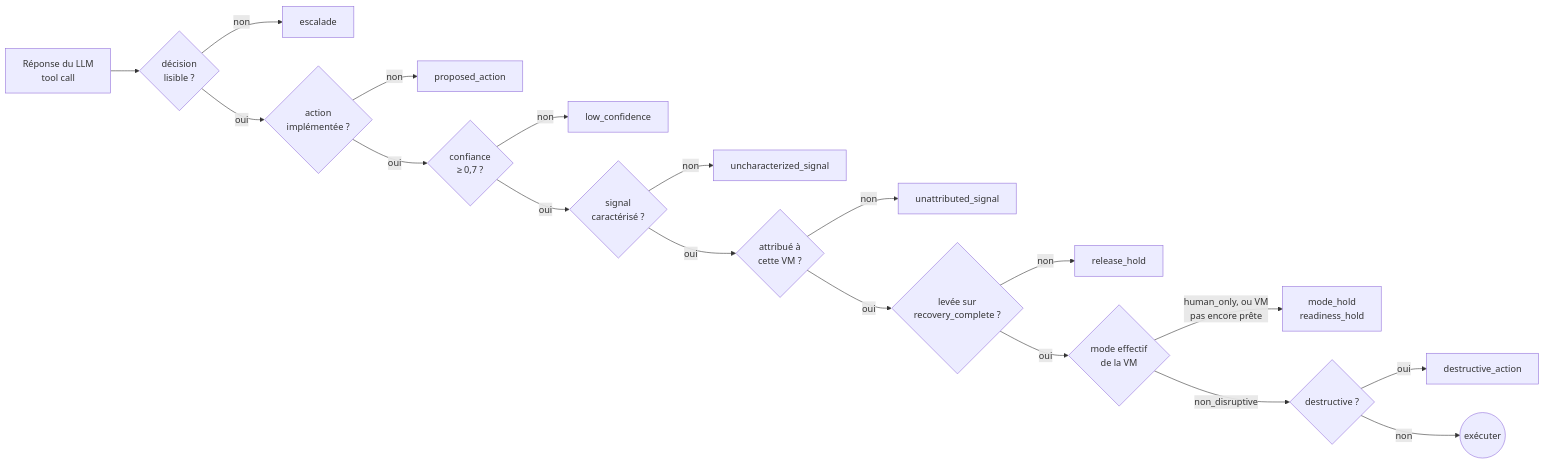
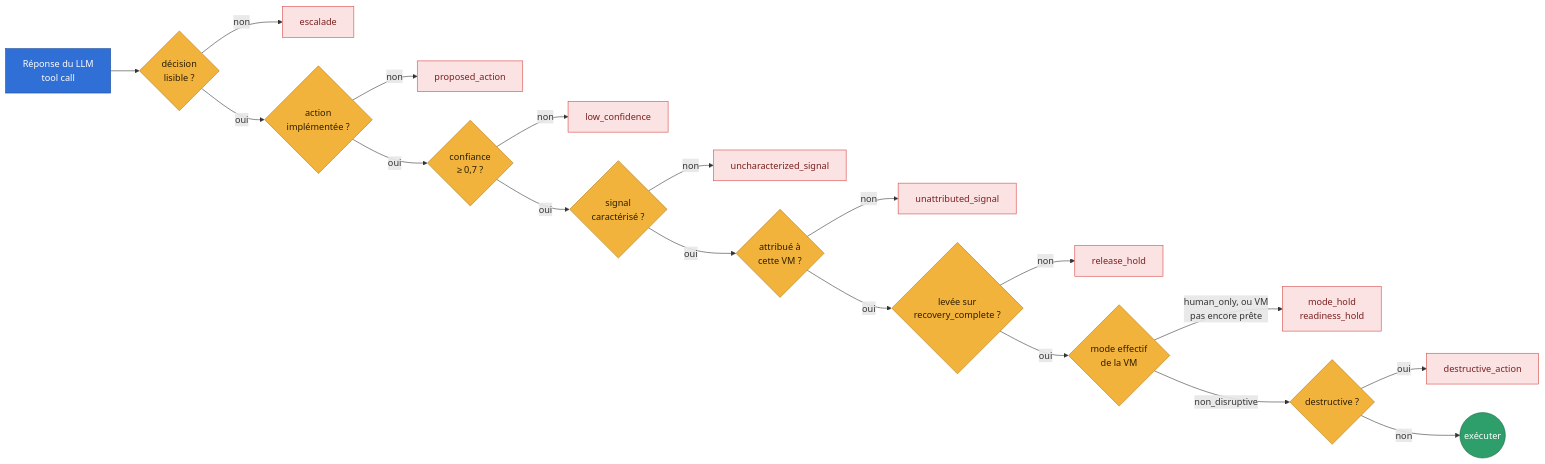
Before and after one commit to Vanyar53/eregion: the fourth of 6 diagrams in docs/architecture.md, drawn with Mermaid. The commit also changed other lines of this file and 3 other files, not shown here.

````diff
--- a/docs/architecture.md
+++ b/docs/architecture.md
@@ -101,20 +135,28 @@
 ```mermaid
 flowchart LR
     LLM["Réponse du LLM<br/>tool call"] --> P{"décision<br/>lisible ?"}
     P -->|non| E0["escalade"]
     P -->|oui| X{"action<br/>implémentée ?"}
     X -->|non| E1["proposed_action"]
     X -->|oui| C{"confiance<br/>≥ 0,7 ?"}
     C -->|non| E2["low_confidence"]
     C -->|oui| S{"signal<br/>caractérisé ?"}
     S -->|non| E3["uncharacterized_signal"]
     S -->|oui| A{"attribué à<br/>cette VM ?"}
     A -->|non| E4["unattributed_signal"]
     A -->|oui| R{"levée sur<br/>recovery_complete ?"}
     R -->|non| E5["release_hold"]
     R -->|oui| M{"mode effectif<br/>de la VM"}
     M -->|"human_only, ou VM<br/>pas encore prête"| E6["mode_hold<br/>readiness_hold"]
     M -->|"non_disruptive"| D{"destructive ?"}
     D -->|oui| E7["destructive_action"]
     D -->|non| GO(("exécuter"))
+    classDef blue fill:#2f6fd6,stroke:#1d4a9a,color:#ffffff
+    classDef guard fill:#f2b33d,stroke:#b07a12,color:#2b1d00
+    classDef warn fill:#fbe3e3,stroke:#d64545,color:#7a1f1f
+    classDef go fill:#2e9e6a,stroke:#1d6b47,color:#ffffff
+    class LLM blue
+    class P,X,C,S,A,R,M,D guard
+    class E0,E1,E2,E3,E4,E5,E6,E7 warn
+    class GO go
 ```
````
